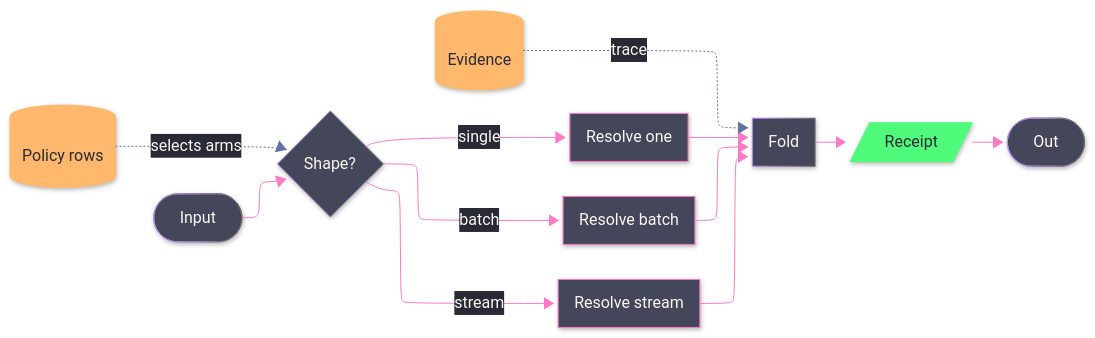
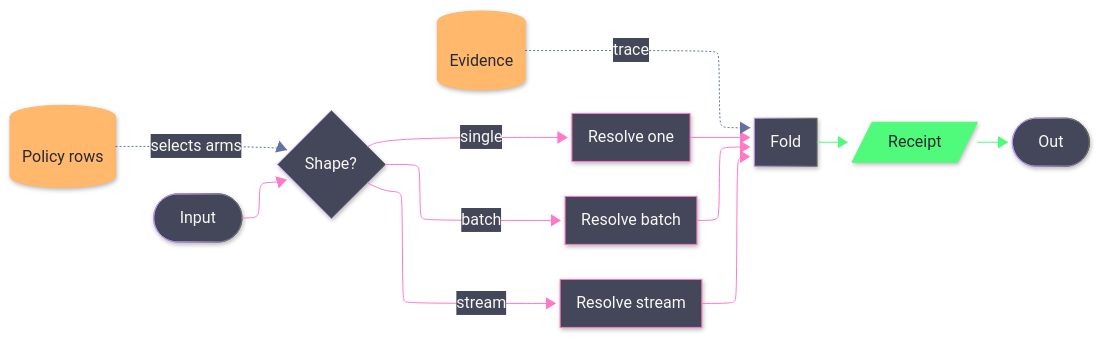
The diagram in .claude/skills/mermaid-diagramming/templates/logic-flow.mmd.md (bsamiee/Rasm), drawn with Mermaid before and after one commit. The commit also changed other lines of this file and 51 other files, not shown here.

````diff
--- a/.claude/skills/mermaid-diagramming/templates/logic-flow.mmd.md
+++ b/.claude/skills/mermaid-diagramming/templates/logic-flow.mmd.md
@@ -5,39 +5,43 @@
 ```mermaid
 ---
 config:
   layout: elk
   look: neo
   theme: base
+  flowchart:
+    padding: 16
+  themeCSS: ".nodeLabel{font-size:14px;font-weight:500}.edgeLabel{font-size:12.5px;font-weight:500}.edgePaths path{stroke-width:1.5px}"
   themeVariables:
     darkMode: true
     background: "#282A36"
     primaryColor: "#44475A"
     primaryTextColor: "#F8F8F2"
     primaryBorderColor: "#BD93F9"
     lineColor: "#FF79C6"
     textColor: "#F8F8F2"
-    edgeLabelBackground: "#282A36"
-    fontFamily: "monospace"
+    edgeLabelBackground: "#44475A"
+    fontFamily: "SF Mono, Menlo, Cascadia Mono, Segoe UI Mono, Consolas, monospace"
 ---
 flowchart LR
     accTitle: Dispatch and fold
     accDescr: One operation discriminating input shape into three policy-selected dispatch arms that fold into a merge yielding one receipt, with a dotted evidence trace feeding the fold.
     In([Input]) --> Shape{Shape?}
     Policy[(Policy rows)] -.->|selects arms| Shape
     Shape -->|single| ArmA[Resolve one]
     Shape -->|batch| ArmB[Resolve batch]
     Shape -->|stream| ArmC[Resolve stream]
     ArmA --> Fold[Fold]
     ArmB --> Fold
     ArmC --> Fold
     Fold --> Receipt[/Receipt/]
     Receipt --> Out([Out])
     Evidence[(Evidence)] -.->|trace| Fold
-    linkStyle 1,10 stroke:#6272A4
+    linkStyle 1,10 stroke:#6272A4,color:#F8F8F2
+    linkStyle 8,9 stroke:#50FA7B,color:#F8F8F2
     classDef primary fill:#44475A,stroke:#FF79C6,color:#F8F8F2
     classDef success fill:#50FA7B,stroke:#50FA7B,color:#282A36
     classDef data fill:#FFB86C,stroke:#FFB86C,color:#282A36
     class ArmA,ArmB,ArmC primary
     class Receipt success
     class Policy,Evidence data
 ```
````
